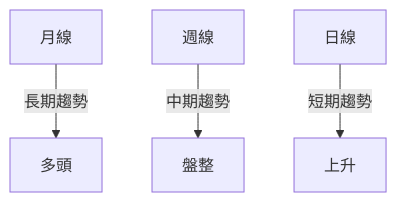
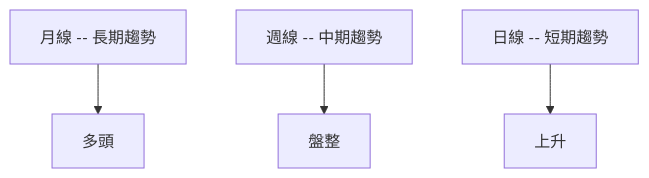
One commit to yennanliu/finance_data changed the second of 9 diagrams in ai_gen_report/stock/tsla/technical_analysis_2026-04-17_openai.md. Above: the diagram before and after it, drawn with Mermaid. The commit also changed other lines of this file and 2258 other files, not shown here.

First line of the commit message:
chore: backfill Mermaid syntax repair across existing reports

````diff
--- a/ai_gen_report/stock/tsla/technical_analysis_2026-04-17_openai.md
+++ b/ai_gen_report/stock/tsla/technical_analysis_2026-04-17_openai.md
@@ -104,6 +104,6 @@
 ```mermaid
 graph TD
-    月線 -- 長期趨勢 --> 多頭
-    週線 -- 中期趨勢 --> 盤整
-    日線 -- 短期趨勢 --> 上升
+    nb1["月線 -- 長期趨勢"] --> 多頭
+    nb2["週線 -- 中期趨勢"] --> 盤整
+    nb3["日線 -- 短期趨勢"] --> 上升
 ```
````
